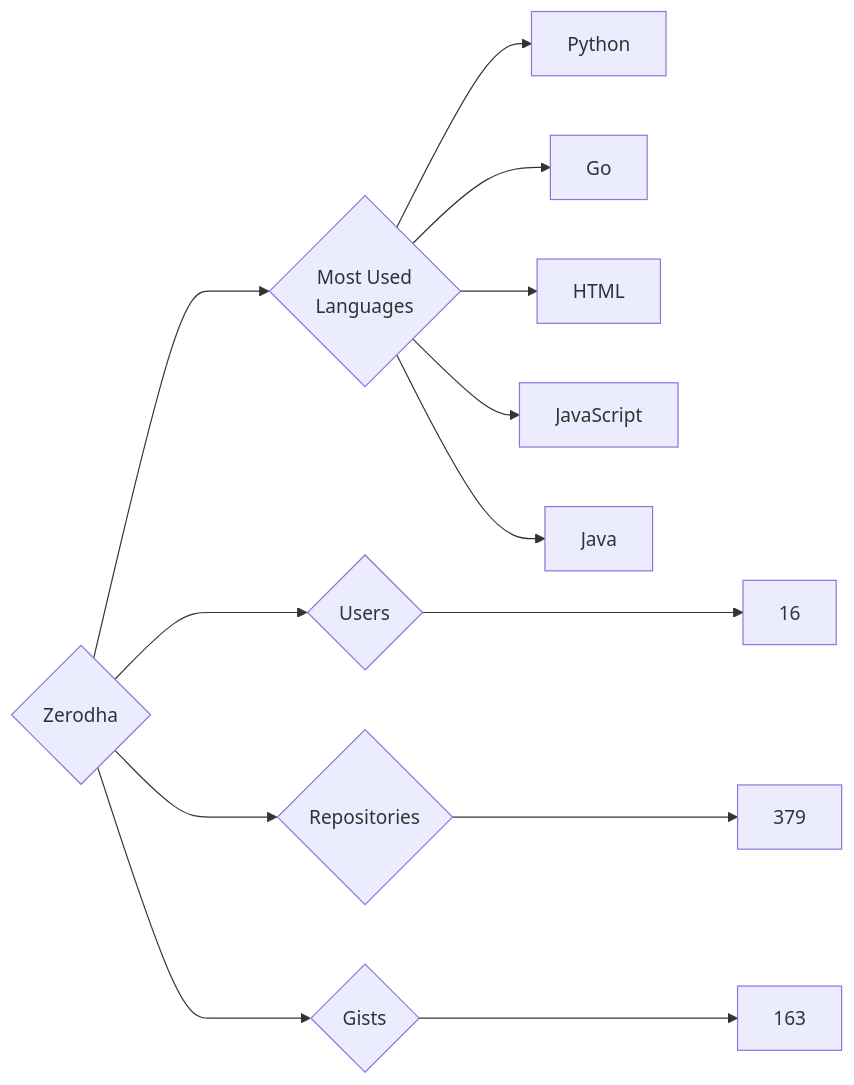
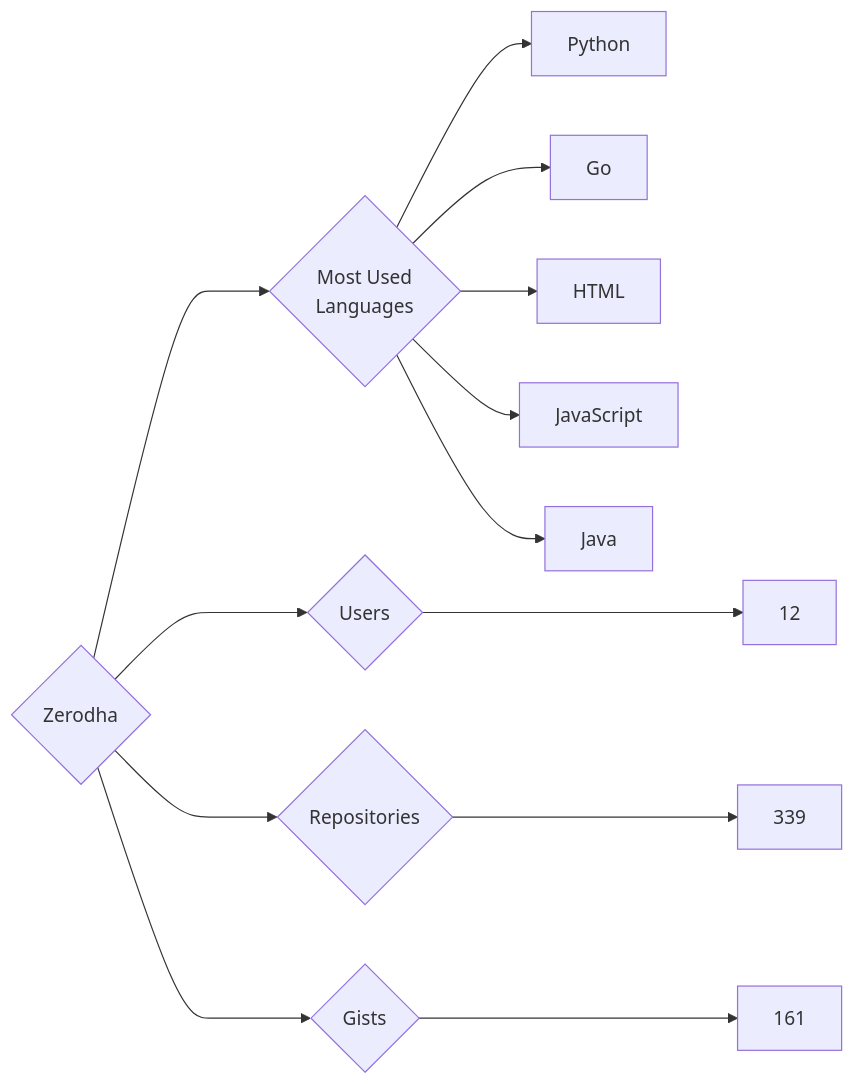
The diagram in targets/Zerodha/README.md (trickest/insiders), drawn with Mermaid before and after one commit. The commit also changed 878 other files, not shown here.

````diff
--- a/targets/Zerodha/README.md
+++ b/targets/Zerodha/README.md
@@ -3,13 +3,13 @@
 ```mermaid
 graph LR
 COMPANY_NAME{Zerodha}
-COMPANY_NAME ---> U{Users} ---> UN[16]
-COMPANY_NAME ---> R{Repositories} ---> RN[379]
-COMPANY_NAME ---> G{Gists} ---> GN[163]
+COMPANY_NAME ---> U{Users} ---> UN[12]
+COMPANY_NAME ---> R{Repositories} ---> RN[339]
+COMPANY_NAME ---> G{Gists} ---> GN[161]
 COMPANY_NAME ---> ML{Most Used<br>Languages}
 ML --> Python[Python]
 ML --> Go[Go]
 ML --> HTML[HTML]
 ML --> JavaScript[JavaScript]
 ML --> Java[Java]
 ```
````
